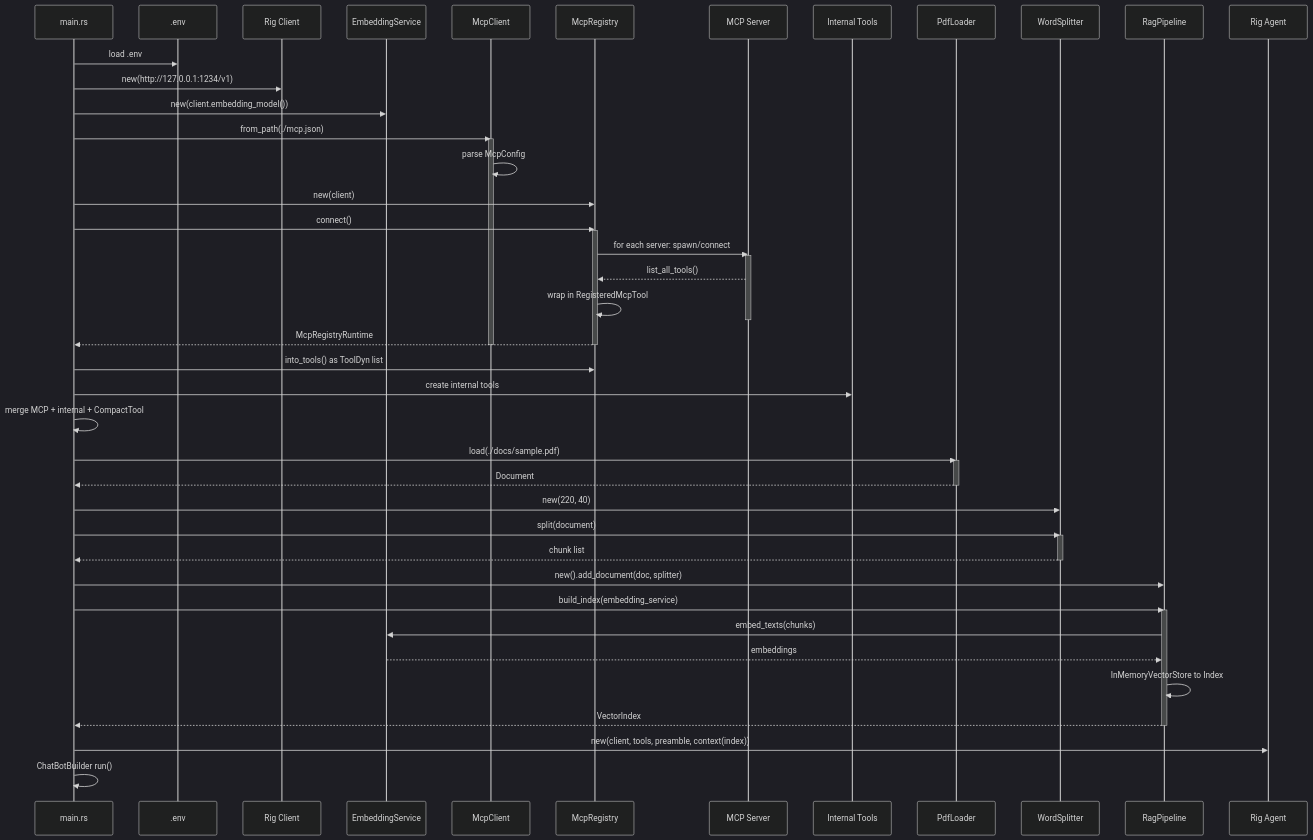
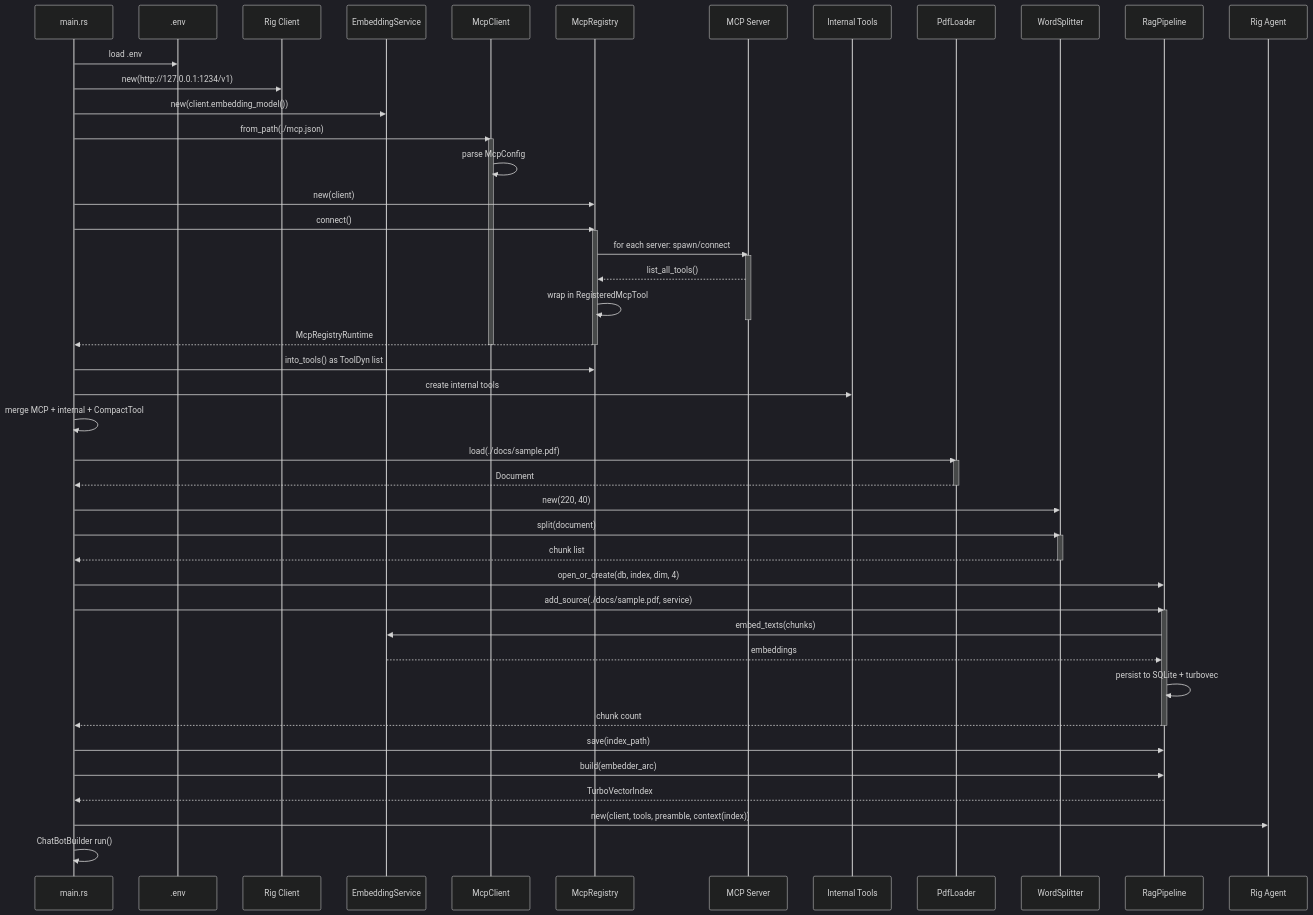
One commit to skaarfundgandr/agent_rs changed the first of 2 diagrams in docs/diagrams/sequence-diagram.md. Above: the diagram before and after it, drawn with Mermaid (dark theme). The commit also changed 5 other files, not shown here.

Commit message:
docs(rag): document new rag implementation

````diff
--- a/docs/diagrams/sequence-diagram.md
+++ b/docs/diagrams/sequence-diagram.md
@@ -5,58 +5,61 @@
 ```mermaid
 sequenceDiagram
     participant Main as main.rs
     participant DotEnv as .env
     participant RigClient as Rig Client
     participant Embed as EmbeddingService
     participant McpClient as McpClient
     participant McpReg as McpRegistry
     participant McpSrv as MCP Server
     participant Tools as Internal Tools
     participant Pdf as PdfLoader
     participant Splitter as WordSplitter
     participant Rag as RagPipeline
     participant Agent as Rig Agent
 
     Main->>DotEnv: load .env
     Main->>RigClient: new(http://127.0.0.1:1234/v1)
     Main->>Embed: new(client.embedding_model())
     Main->>McpClient: from_path(./mcp.json)
     activate McpClient
     McpClient->>McpClient: parse McpConfig
     Main->>McpReg: new(client)
     Main->>McpReg: connect()
     activate McpReg
     McpReg->>McpSrv: for each server: spawn/connect
     activate McpSrv
     McpSrv-->>McpReg: list_all_tools()
     McpReg->>McpReg: wrap in RegisteredMcpTool
     deactivate McpSrv
     McpReg-->>Main: McpRegistryRuntime
     deactivate McpReg
     deactivate McpClient
     Main->>McpReg: into_tools() as ToolDyn list
 
     Main->>Tools: create internal tools
     Main->>Main: merge MCP + internal + CompactTool
 
     Main->>Pdf: load(./docs/sample.pdf)
     activate Pdf
     Pdf-->>Main: Document
     deactivate Pdf
     Main->>Splitter: new(220, 40)
     Main->>Splitter: split(document)
     activate Splitter
     Splitter-->>Main: chunk list
     deactivate Splitter
-    Main->>Rag: new().add_document(doc, splitter)
-    Main->>Rag: build_index(embedding_service)
+    Main->>Rag: open_or_create(db, index, dim, 4)
+    Main->>Rag: add_source(./docs/sample.pdf, service)
     activate Rag
     Rag->>Embed: embed_texts(chunks)
     Embed-->>Rag: embeddings
-    Rag->>Rag: InMemoryVectorStore to Index
-    Rag-->>Main: VectorIndex
+    Rag->>Rag: persist to SQLite + turbovec
+    Rag-->>Main: chunk count
     deactivate Rag
+    Main->>Rag: save(index_path)
+    Main->>Rag: build(embedder_arc)
+    Rag-->>Main: TurboVectorIndex
 
     Main->>Agent: new(client, tools, preamble, context(index))
     Main->>Main: ChatBotBuilder run()
 ```
````
